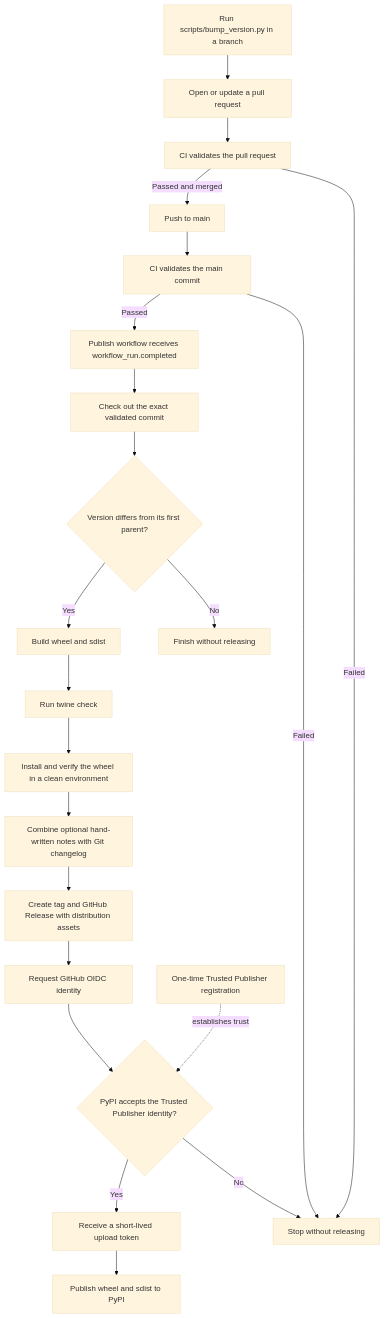
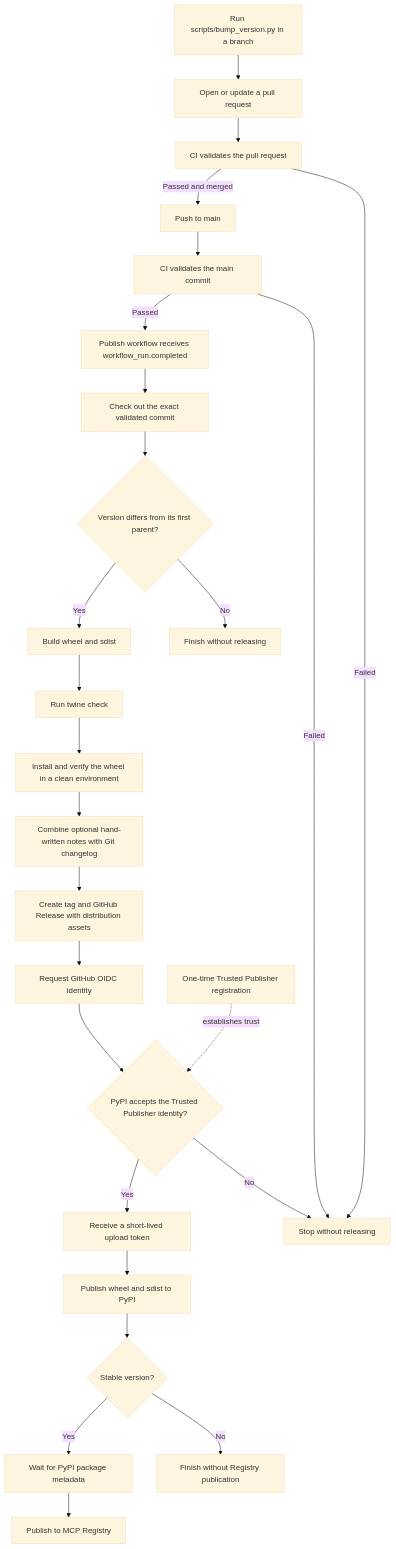
Before and after one commit to scarletkc/Perenna: the diagram in docs/development/releasing.md, drawn with Mermaid (base theme). The commit also changed other lines of this file and 3 other files, not shown here.

Commit message:
ci: retry transient MCP Registry propagation failures (#33)

````diff
--- a/docs/development/releasing.md
+++ b/docs/development/releasing.md
@@ -25,25 +26,29 @@
 ```mermaid
 flowchart TD
     A[Run scripts/bump_version.py in a branch] --> B[Open or update a pull request]
     B --> C[CI validates the pull request]
     C -- Failed --> X[Stop without releasing]
     C -- Passed and merged --> D[Push to main]
     D --> E[CI validates the main commit]
     E -- Failed --> X
     E -- Passed --> F[Publish workflow receives workflow_run.completed]
     F --> G[Check out the exact validated commit]
     G --> H{Version differs from its first parent?}
     H -- No --> Y[Finish without releasing]
     H -- Yes --> I[Build wheel and sdist]
     I --> J[Run twine check]
     J --> K[Install and verify the wheel in a clean environment]
     K --> L[Combine optional hand-written notes with Git changelog]
     L --> M[Create tag and GitHub Release with distribution assets]
     M --> N[Request GitHub OIDC identity]
     N --> O{PyPI accepts the Trusted Publisher identity?}
     O -- No --> X
     O -- Yes --> P[Receive a short-lived upload token]
     P --> Q[Publish wheel and sdist to PyPI]
+    Q --> S{Stable version?}
+    S -- No --> V[Finish without Registry publication]
+    S -- Yes --> T[Wait for PyPI package metadata]
+    T --> U[Publish to MCP Registry]
 
     R[One-time Trusted Publisher registration] -. establishes trust .-> O
 ```
````
